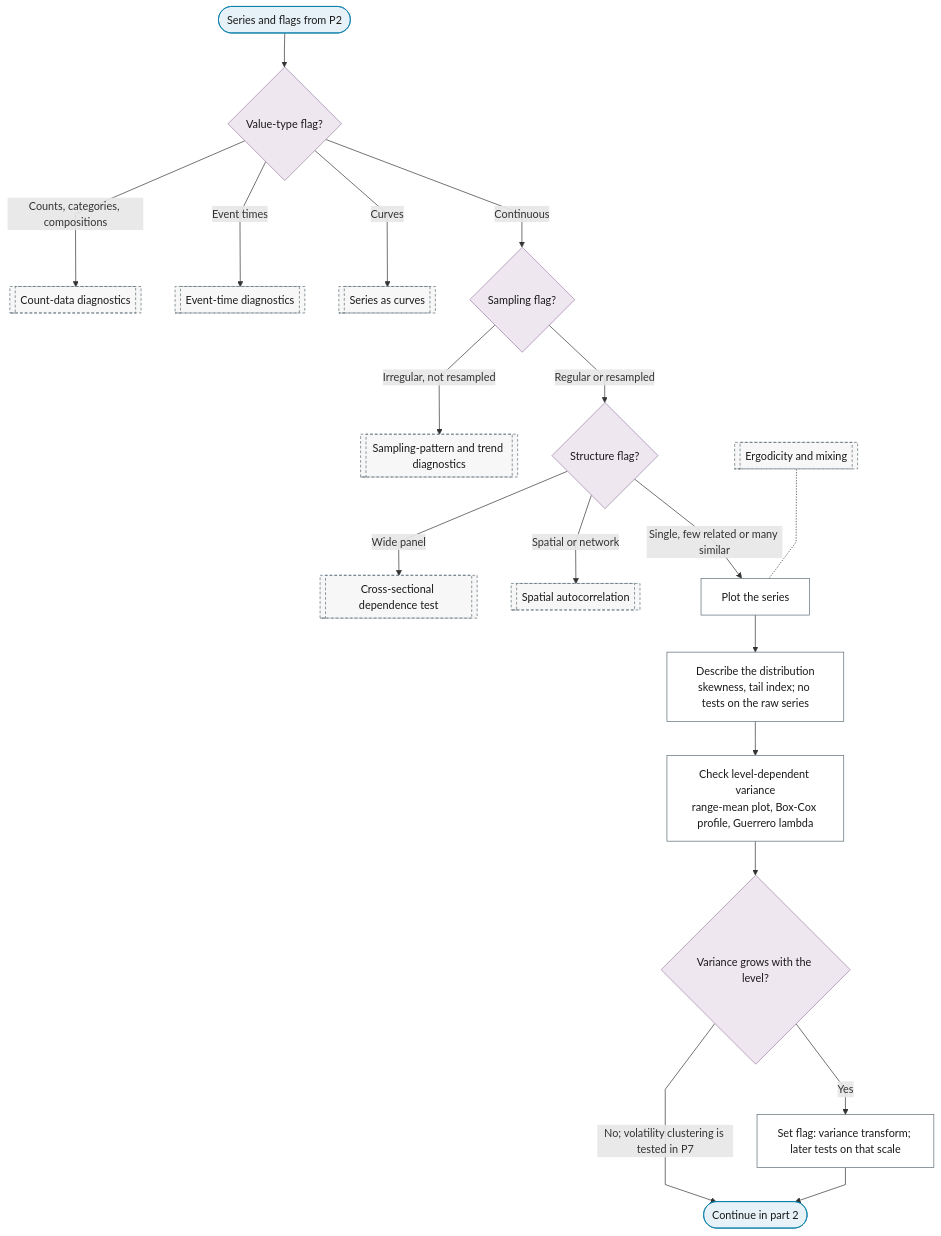
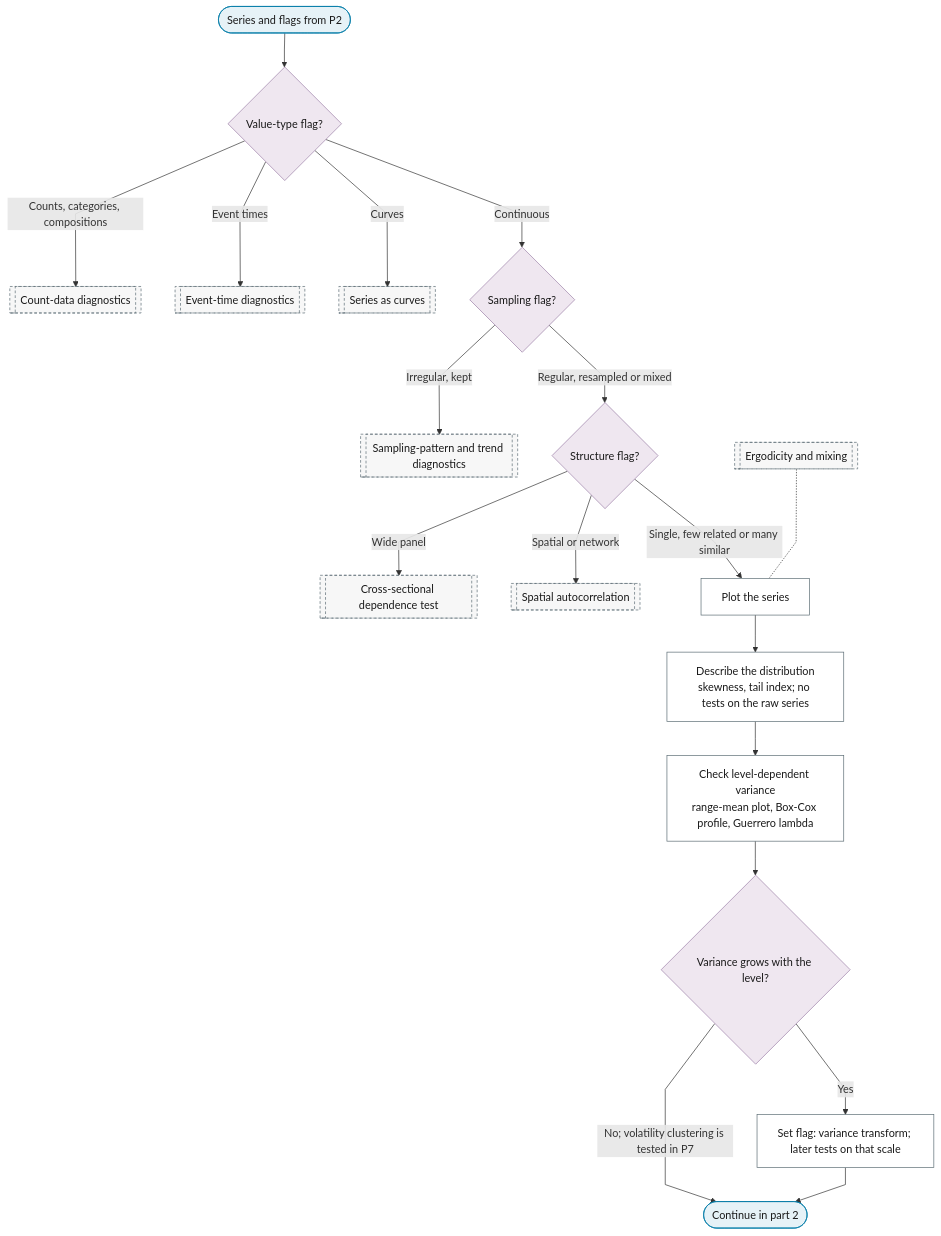
The first of 4 diagrams in docs/01-workflow/p03-exploratory-diagnostics.md (Shuxin-Y/time-series-analysis-manual), drawn with Mermaid before and after one commit. The commit also changed 10 other files, not shown here.

First line of the commit message:
fix(spine): route by value type and structure at every phase; one sampling flag

````diff
--- a/docs/01-workflow/p03-exploratory-diagnostics.md
+++ b/docs/01-workflow/p03-exploratory-diagnostics.md
@@ -11,33 +11,33 @@
 ```mermaid
 %%{init: {"flowchart": {"curve": "linear"}}}%%
 graph TD
     P3_IN(["Series and flags from P2"]) --> P3_TYPE{"Value-type flag?"}
     P3_TYPE -->|"Counts, categories, compositions"| B1_COUNT_EDA[["Count-data diagnostics"]]
     P3_TYPE -->|"Event times"| B2_EVENT_EDA[["Event-time diagnostics"]]
     P3_TYPE -->|"Curves"| B4_CURVES[["Series as curves"]]
     P3_TYPE -->|"Continuous"| P3_SAMPLING{"Sampling flag?"}
-    P3_SAMPLING -->|"Irregular, not resampled"| B3_DIAGNOSTICS[["Sampling-pattern and trend diagnostics"]]
-    P3_SAMPLING -->|"Regular or resampled"| P3_STRUCTURE{"Structure flag?"}
+    P3_SAMPLING -->|"Irregular, kept"| B3_DIAGNOSTICS[["Sampling-pattern and trend diagnostics"]]
+    P3_SAMPLING -->|"Regular, resampled or mixed"| P3_STRUCTURE{"Structure flag?"}
     P3_STRUCTURE -->|"Wide panel"| B6_CROSS_SECTION_DEPENDENCE[["Cross-sectional dependence test"]]
     P3_STRUCTURE -->|"Spatial or network"| B5_SPATIAL_AUTOCORRELATION[["Spatial autocorrelation"]]
     P3_STRUCTURE -->|"Single, few related or many similar"| P3_PLOT["Plot the series"]
     P3_PLOT --> P3_DISTRIBUTION["Describe the distribution<br/>skewness, tail index; no tests on the raw series"]
     P3_DISTRIBUTION --> P3_VARIANCE_STABILITY["Check level-dependent variance<br/>range-mean plot, Box-Cox profile, Guerrero lambda"]
     P3_VARIANCE_STABILITY --> P3_HETERO{"Variance grows with the level?"}
     P3_HETERO -->|"Yes"| P3_VARIANCE_FLAG["Set flag: variance transform; later tests on that scale"]
     P3_HETERO -->|"No; volatility clustering is tested in P7"| P3_TO_PART_2(["Continue in part 2"])
     P3_VARIANCE_FLAG --> P3_TO_PART_2
     F_ERGODICITY[["Ergodicity and mixing"]] -.- P3_PLOT
     class P3_IN,P3_TO_PART_2 terminator
     class P3_TYPE,P3_SAMPLING,P3_STRUCTURE,P3_HETERO decision
     class P3_PLOT,P3_DISTRIBUTION,P3_VARIANCE_STABILITY,P3_VARIANCE_FLAG process
     class B1_COUNT_EDA,B2_EVENT_EDA,B4_CURVES,B3_DIAGNOSTICS,B6_CROSS_SECTION_DEPENDENCE,B5_SPATIAL_AUTOCORRELATION,F_ERGODICITY ref
     classDef terminator fill:#E6F2F7,stroke:#007BA7,color:#1A1A1A;
     classDef process fill:#FFFFFF,stroke:#5A6B73,color:#1A1A1A;
     classDef decision fill:#EFE7F0,stroke:#9B7FA7,color:#1A1A1A;
     classDef data fill:#FFF4E0,stroke:#C9A55E,color:#1A1A1A;
     classDef good fill:#DCEFD8,stroke:#4A7A3F,color:#1A1A1A;
     classDef escalate fill:#FFE9C2,stroke:#C9A55E,color:#1A1A1A;
     classDef problem fill:#F2D9DE,stroke:#800020,color:#1A1A1A;
     classDef ref fill:#F7F7F7,stroke:#5A6B73,color:#1A1A1A,stroke-dasharray:4 3;
 ```
````
